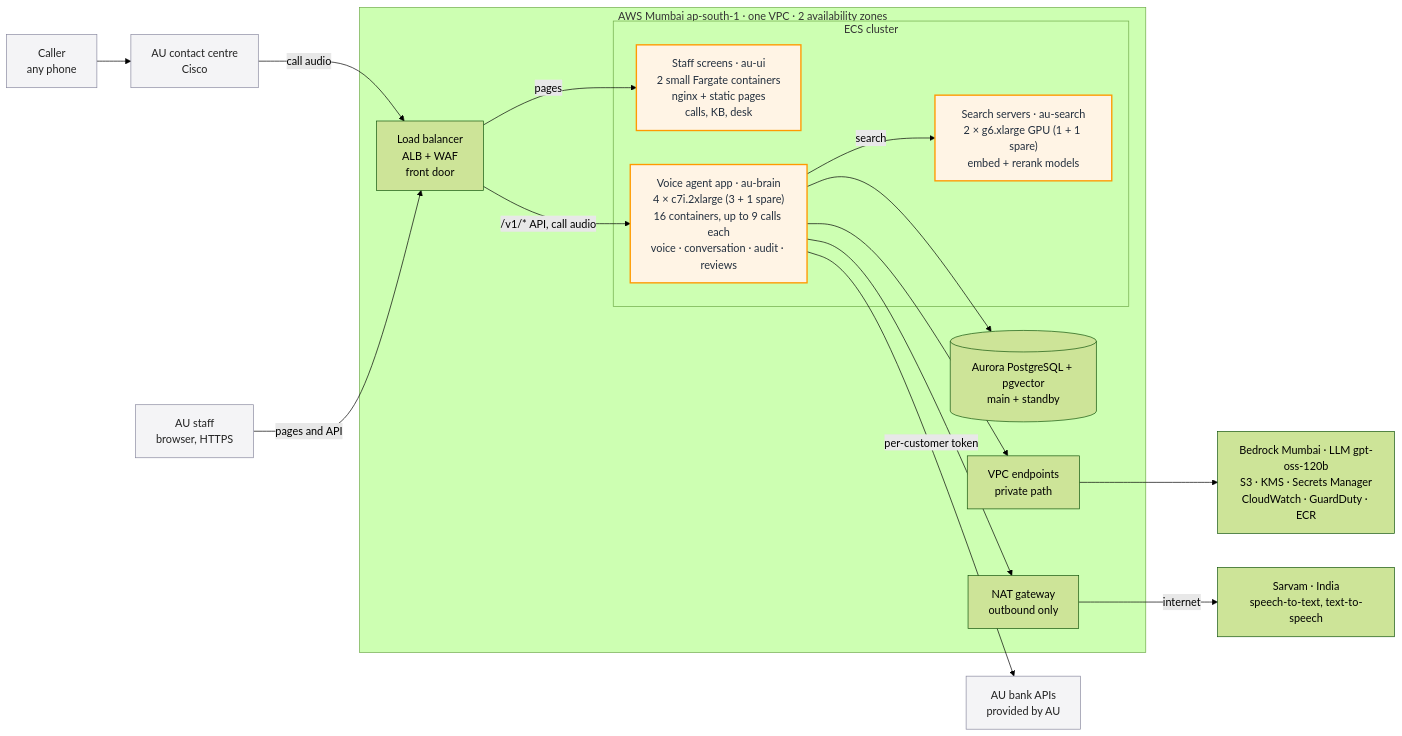
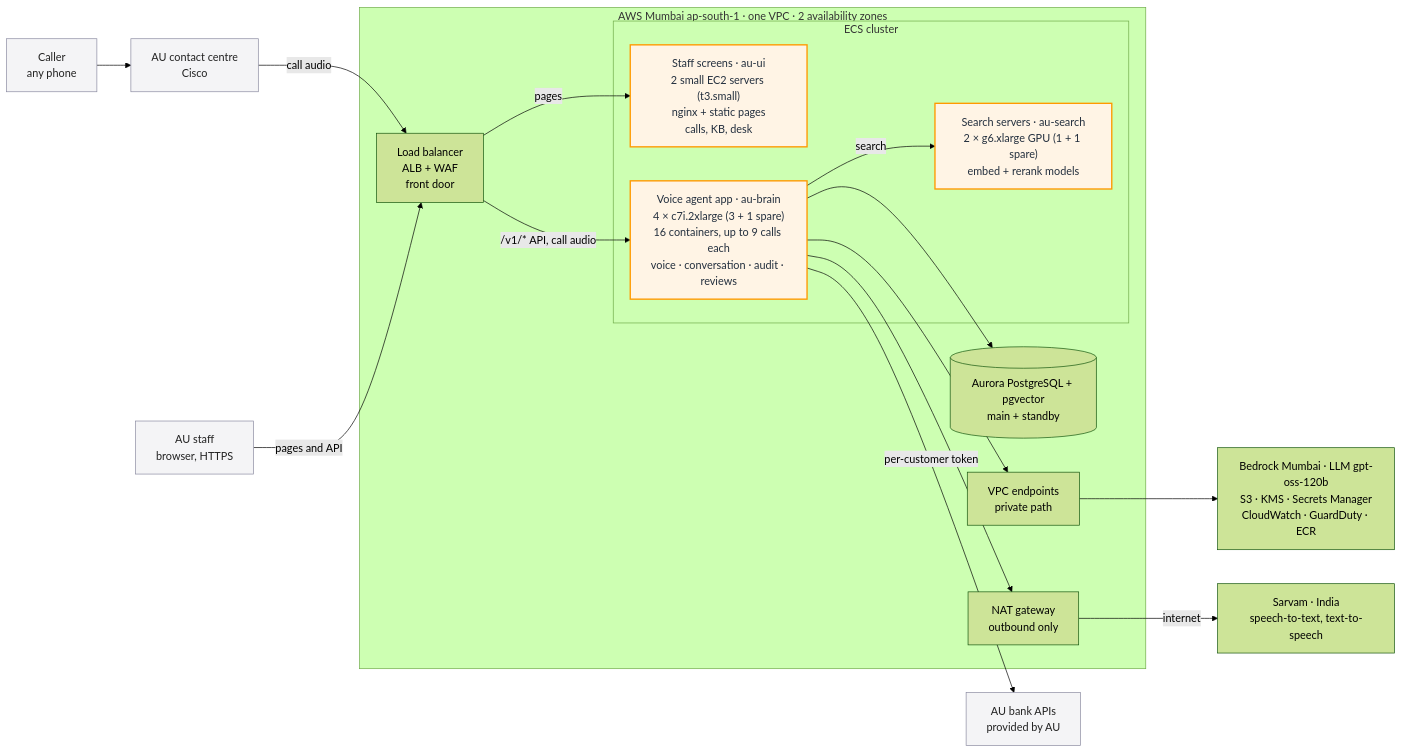
One commit to MetaSonic001/Voice changed the fifth of 18 diagrams in docs/diagrams/diagrams.md. Above: the diagram before and after it, drawn with Mermaid (forest theme). The commit also changed other lines of this file and 105 other files, not shown here.

````diff
--- a/docs/diagrams/diagrams.md
+++ b/docs/diagrams/diagrams.md
@@ -747,38 +754,38 @@
 ```mermaid
 flowchart LR
     caller["Caller<br/>any phone"] --> cisco["AU contact centre<br/>Cisco"]
     staff["AU staff<br/>browser, HTTPS"]
 
     subgraph aws["AWS Mumbai ap-south-1 · one VPC · 2 availability zones"]
         alb["Load balancer<br/>ALB + WAF<br/>front door"]
 
         subgraph ecs["ECS cluster"]
-            ui["Staff screens · au-ui<br/>2 small Fargate containers<br/>nginx + static pages<br/>calls, KB, desk"]
+            ui["Staff screens · au-ui<br/>2 small EC2 servers (t3.small)<br/>nginx + static pages<br/>calls, KB, desk"]
             brain["Voice agent app · au-brain<br/>4 × c7i.2xlarge (3 + 1 spare)<br/>16 containers, up to 9 calls each<br/>voice · conversation · audit · reviews"]
             searchSrv["Search servers · au-search<br/>2 × g6.xlarge GPU (1 + 1 spare)<br/>embed + rerank models"]
         end
 
         aurora[("Aurora PostgreSQL + pgvector<br/>main + standby")]
         endpoints["VPC endpoints<br/>private path"]
         nat["NAT gateway<br/>outbound only"]
     end
 
     bedrock["Bedrock Mumbai · LLM gpt-oss-120b<br/>S3 · KMS · Secrets Manager<br/>CloudWatch · GuardDuty · ECR"]
     sarvam["Sarvam · India<br/>speech-to-text, text-to-speech"]
     bank["AU bank APIs<br/>provided by AU"]
 
     cisco -- "call audio" --> alb
     staff -- "pages and API" --> alb
     alb -- pages --> ui
     alb -- "/v1/* API, call audio" --> brain
     brain -- search --> searchSrv
     brain --> aurora
     brain --> endpoints --> bedrock
     brain --> nat -- internet --> sarvam
     brain -- "per-customer token" --> bank
 
     classDef outside fill:#F4F4F6,stroke:#8A8AA0,color:#222222
     classDef app fill:#FFF4E5,stroke:#FF9900,stroke-width:2px,color:#232F3E
     class caller,cisco,staff,bank outside
     class ui,brain,searchSrv app
 ```
````
